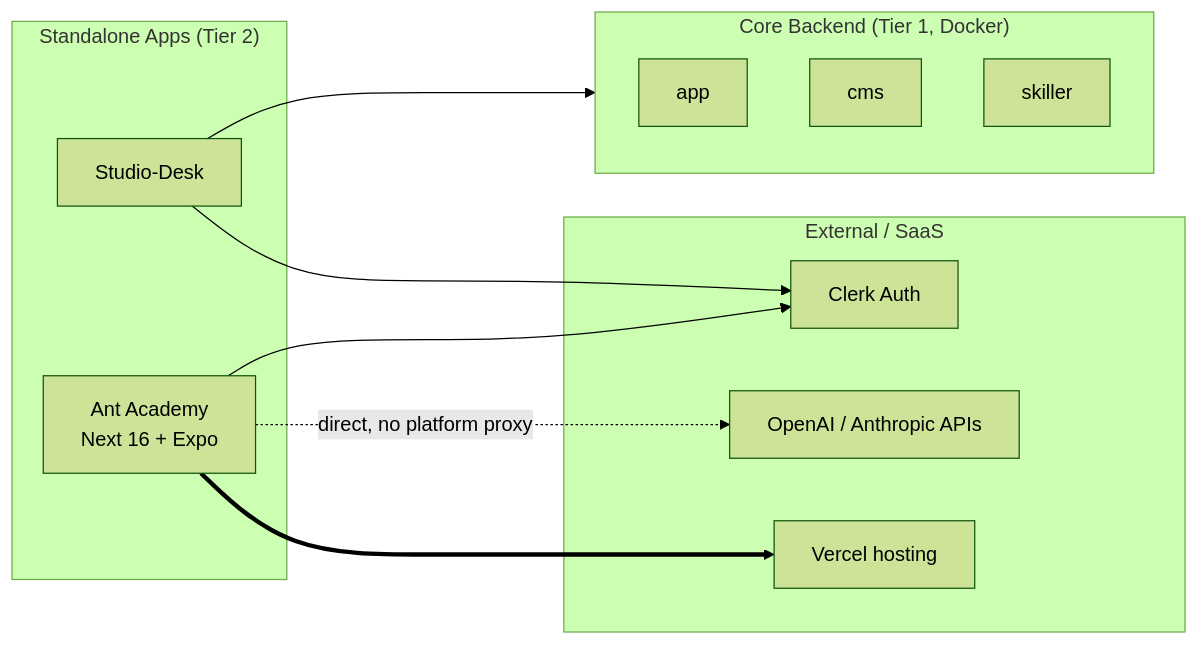
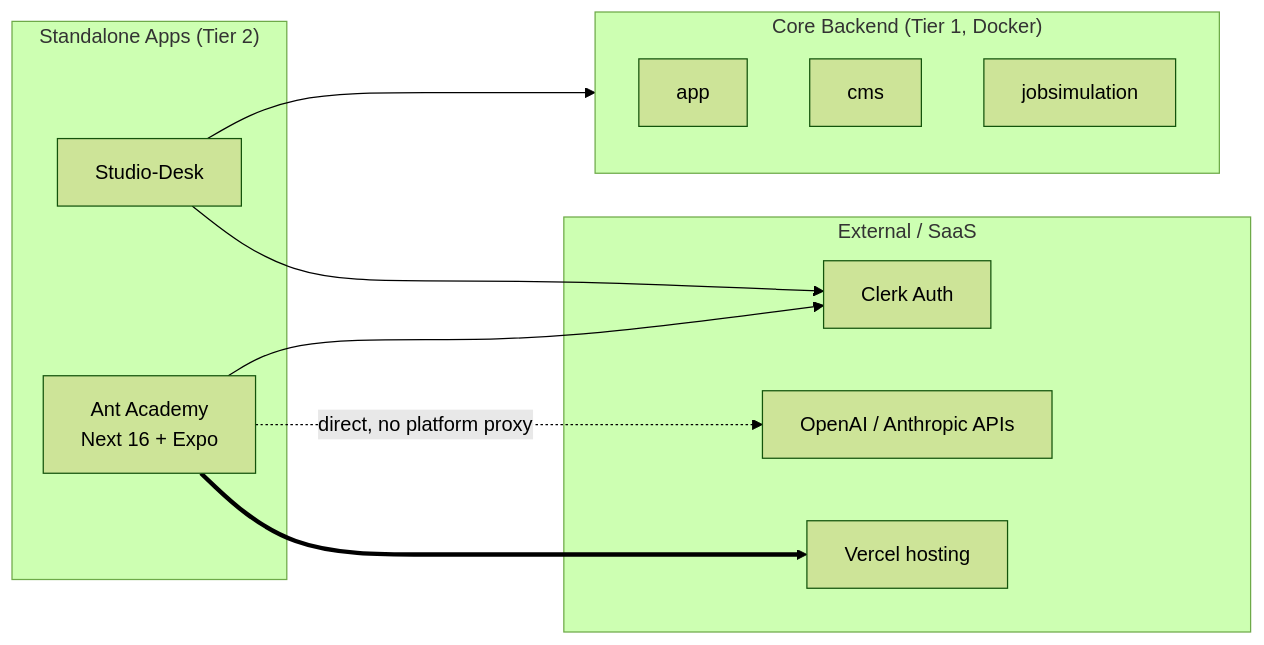
Before and after one commit to anthropos-work/rosetta: the diagram in corpus/services/ant-academy.md, drawn with Mermaid (forest theme). The commit also changed 29 other files, not shown here.

````diff
--- a/corpus/services/ant-academy.md
+++ b/corpus/services/ant-academy.md
@@ -65,25 +65,25 @@
 ```mermaid
 graph LR
     subgraph External["External / SaaS"]
         Clerk[Clerk Auth]
         OpenAI[OpenAI / Anthropic APIs]
         Vercel[Vercel hosting]
     end
 
     subgraph Standalone["Standalone Apps (Tier 2)"]
         Academy[Ant Academy<br/>Next 16 + Expo]
         Desk[Studio-Desk]
     end
 
     subgraph Core["Core Backend (Tier 1, Docker)"]
         App[app]
         CMS[cms]
-        Skiller[skiller]
+        Jobsim[jobsimulation]
     end
 
     Academy --> Clerk
     Academy -.->|direct, no platform proxy| OpenAI
     Academy ==> Vercel
     Desk --> Clerk
     Desk --> Core
 ```
````
